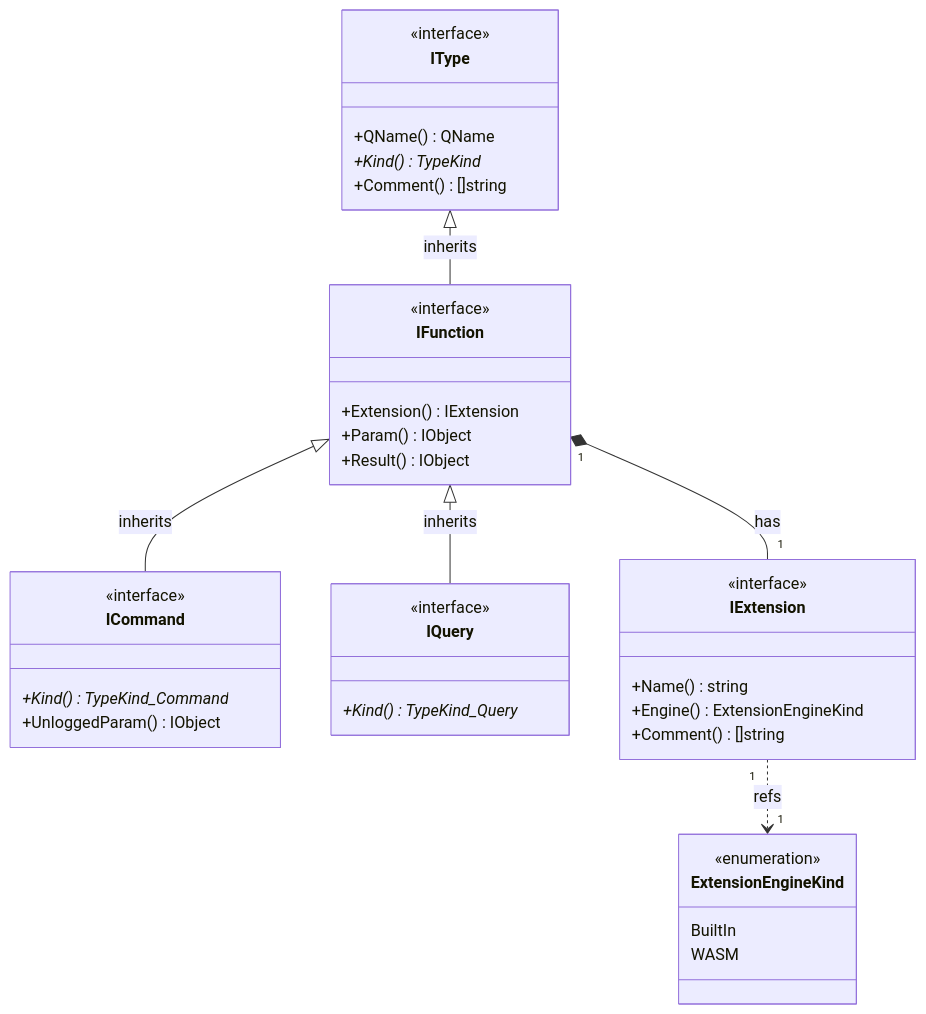
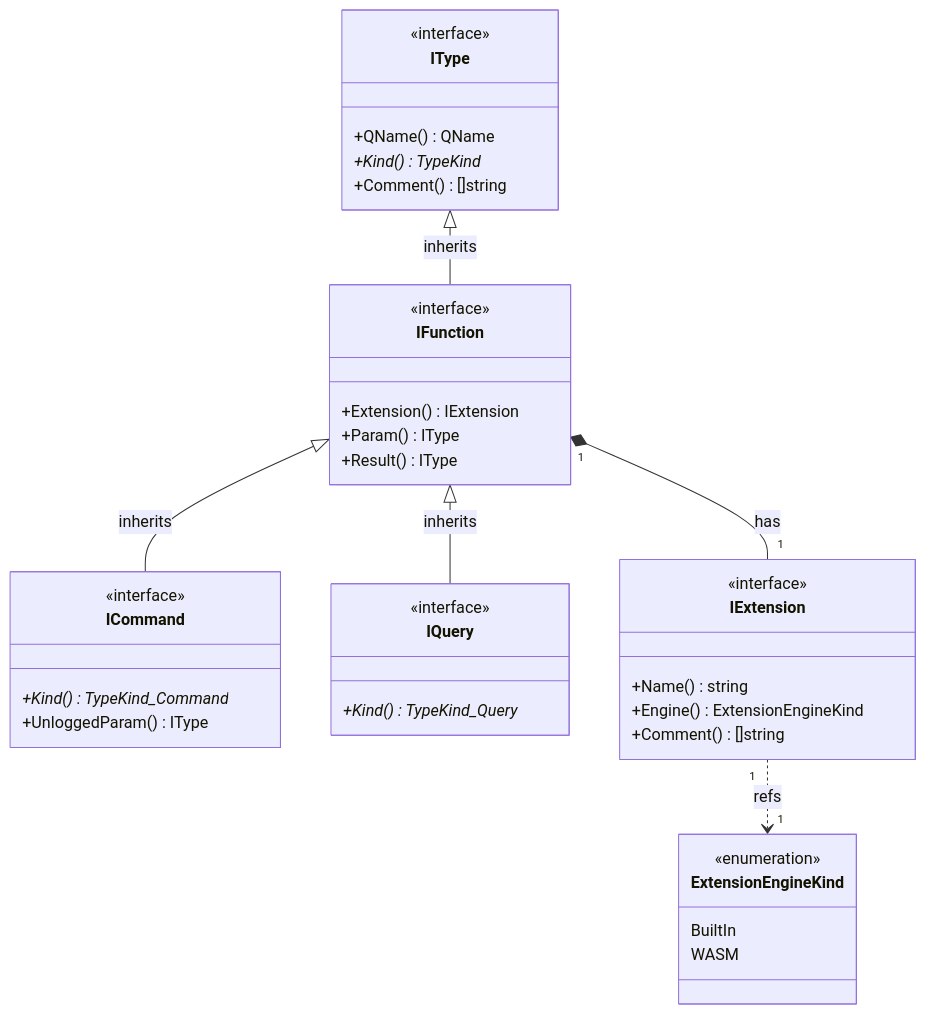
The eighth of 8 diagrams in pkg/appdef/README.md (voedger/voedger), drawn with Mermaid before and after one commit. The commit also changed other lines of this file and 6 other files, not shown here.

````diff
--- a/pkg/appdef/README.md
+++ b/pkg/appdef/README.md
@@ -704,48 +704,48 @@
 ```mermaid
 classDiagram
     
     direction TB
 
     class IType {
         <<interface>>
         +QName() QName
         +Kind()* TypeKind
         +Comment() []string
     }
 
     IType <|-- IFunction : inherits
     class IFunction {
         <<interface>>
         +Extension() IExtension
-        +Param() IObject
-        +Result() IObject
+        +Param() IType
+        +Result() IType
     }
 
     IFunction <|-- ICommand : inherits
     class ICommand {
         <<interface>>
         +Kind()* TypeKind_Command
-        +UnloggedParam() IObject
+        +UnloggedParam() IType
     }
 
     IFunction <|-- IQuery : inherits
     class IQuery {
         <<interface>>
         +Kind()* TypeKind_Query
     }
 
     IFunction "1" *-- "1" IExtension : has
     class IExtension {
         <<interface>>
         +Name() string
         +Engine() ExtensionEngineKind
         +Comment() []string
     }
 
     IExtension "1" ..> "1" ExtensionEngineKind : refs
     class ExtensionEngineKind {
         <<enumeration>>
         BuiltIn
         WASM
     }
 ```
````
